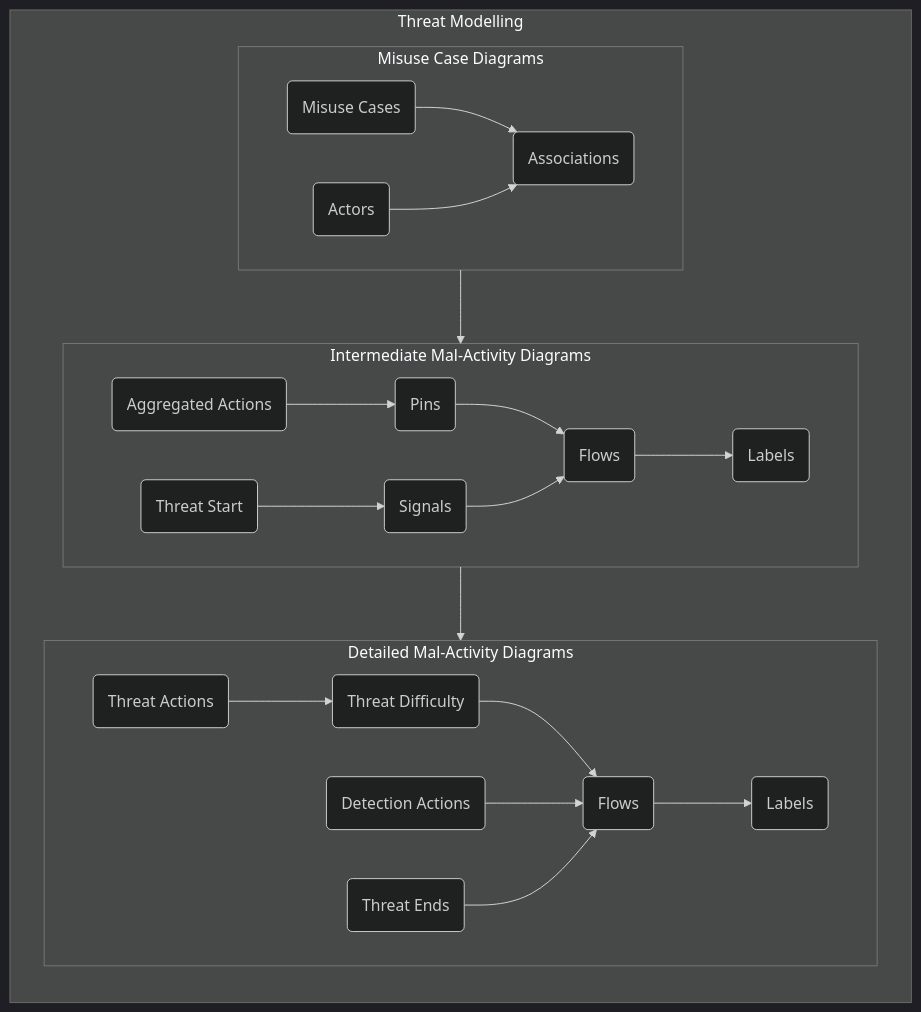
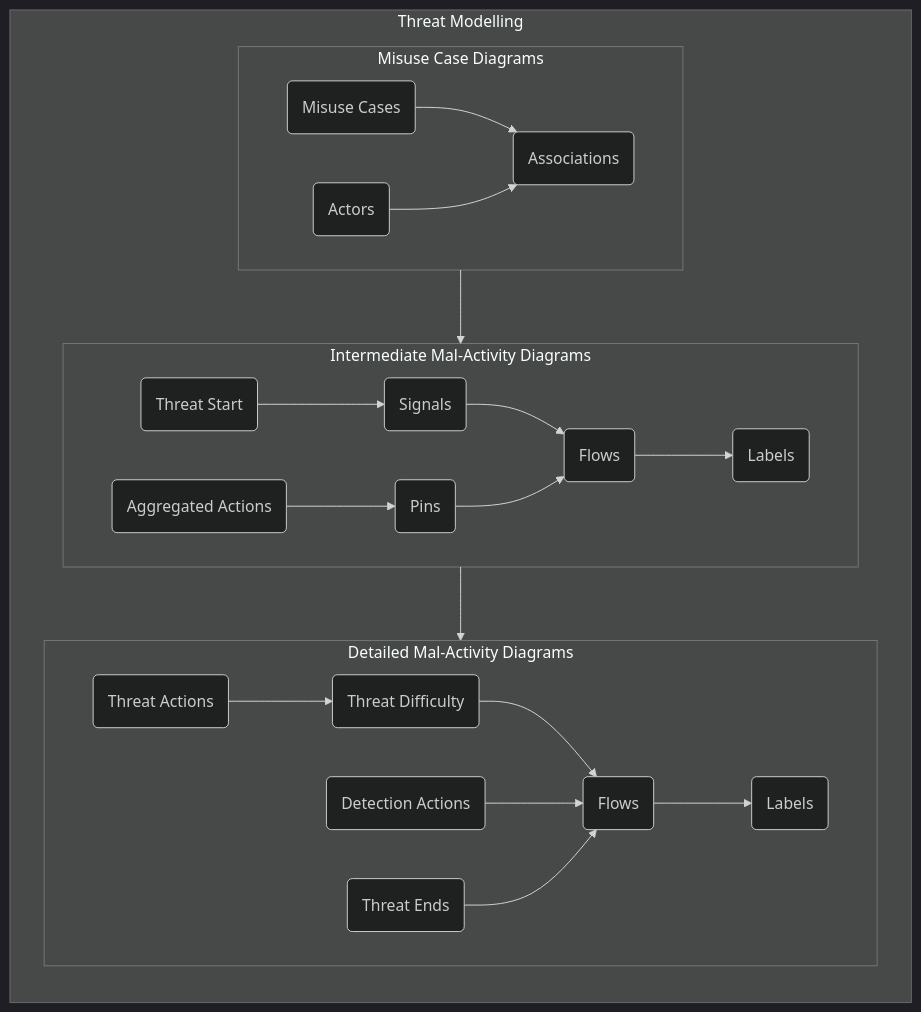
Before and after one commit to stuartfowler/CEMT: the second of 4 diagrams in README.md, drawn with Mermaid (dark theme). The commit also changed 2 other files, not shown here.

````diff
--- a/README.md
+++ b/README.md
@@ -94,41 +94,41 @@
 ```mermaid
 flowchart TB
   subgraph TMo["Threat Modelling"]
     direction TB
     subgraph 1["Misuse Case Diagrams"]
       direction LR
       1a("Misuse Cases") --> 1c("Associations")
       1b("Actors") --> 1c
     end
     subgraph 2["Intermediate Mal-Activity Diagrams"]
       direction LR
-      2a("Aggregated Actions") --> 2b("Pins") --> 2e("Flows") --> 2f("Labels")
-      2c("Threat Start") --> 2d("Signals") --> 2e      
+      2c("Threat Start") --> 2d("Signals") --> 2e("Flows") --> 2f("Labels")
+      2a("Aggregated Actions") --> 2b("Pins") --> 2e        
     end
     subgraph 3["Detailed Mal-Activity Diagrams"]
       direction LR
       3a("Threat Actions") --> 3c("Threat Difficulty") --> 3d("Flows") --> 3f("Labels")
       3b("Detection Actions") --> 3d
       3e("Threat Ends") --> 3d
     end
     1 --> 2 --> 3
   end
 
   click 1a "https://github.com/stuartfowler/CEMT/blob/main/Documentation/threat-modelling.md#misuse-case-diagrams" "Misuse Case Diagrams"
   click 1b "https://github.com/stuartfowler/CEMT/blob/main/Documentation/threat-modelling.md#misuse-case-diagrams" "Misuse Case Diagrams"
   click 1c "https://github.com/stuartfowler/CEMT/blob/main/Documentation/threat-modelling.md#misuse-case-diagrams" "Misuse Case Diagrams"
 
   click 2a "https://github.com/stuartfowler/CEMT/blob/main/Documentation/threat-modelling.md#intermediate-mal-activity-diagrams" "Intermediate Mal-Activity Diagrams"
   click 2b "https://github.com/stuartfowler/CEMT/blob/main/Documentation/threat-modelling.md#intermediate-mal-activity-diagrams" "Intermediate Mal-Activity Diagrams"
   click 2c "https://github.com/stuartfowler/CEMT/blob/main/Documentation/threat-modelling.md#intermediate-mal-activity-diagrams" "Intermediate Mal-Activity Diagrams"
   click 2d "https://github.com/stuartfowler/CEMT/blob/main/Documentation/threat-modelling.md#intermediate-mal-activity-diagrams" "Intermediate Mal-Activity Diagrams"
   click 2e "https://github.com/stuartfowler/CEMT/blob/main/Documentation/threat-modelling.md#intermediate-mal-activity-diagrams" "Intermediate Mal-Activity Diagrams"
   click 2f "https://github.com/stuartfowler/CEMT/blob/main/Documentation/threat-modelling.md#intermediate-mal-activity-diagrams" "Intermediate Mal-Activity Diagrams"
 
   click 3a "https://github.com/stuartfowler/CEMT/blob/main/Documentation/threat-modelling.md#detailed-mal-activity-diagrams" "Detailed Mal-Activity Diagrams"
   click 3b "https://github.com/stuartfowler/CEMT/blob/main/Documentation/threat-modelling.md#detailed-mal-activity-diagrams" "Detailed Mal-Activity Diagrams"
   click 3c "https://github.com/stuartfowler/CEMT/blob/main/Documentation/threat-modelling.md#detailed-mal-activity-diagrams" "Detailed Mal-Activity Diagrams"
   click 3d "https://github.com/stuartfowler/CEMT/blob/main/Documentation/threat-modelling.md#detailed-mal-activity-diagrams" "Detailed Mal-Activity Diagrams"
   click 3e "https://github.com/stuartfowler/CEMT/blob/main/Documentation/threat-modelling.md#detailed-mal-activity-diagrams" "Detailed Mal-Activity Diagrams"
   click 3f "https://github.com/stuartfowler/CEMT/blob/main/Documentation/threat-modelling.md#detailed-mal-activity-diagrams" "Detailed Mal-Activity Diagrams"
 ```
````
